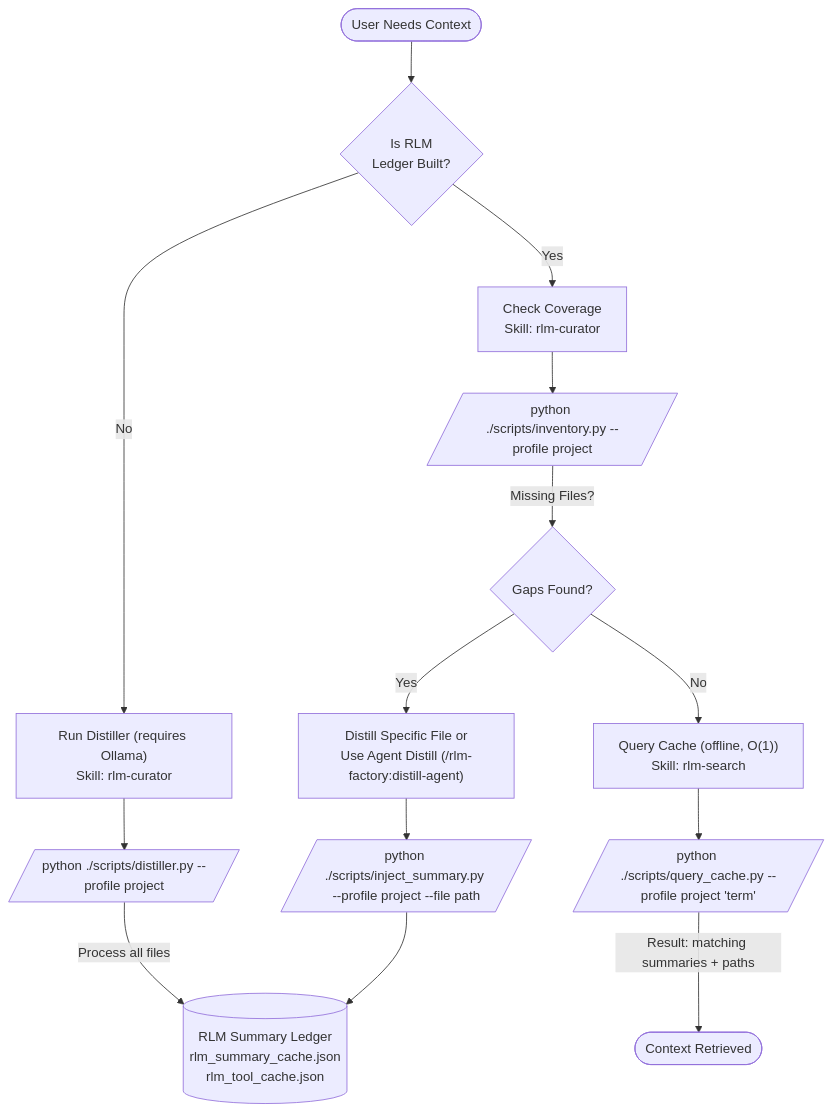
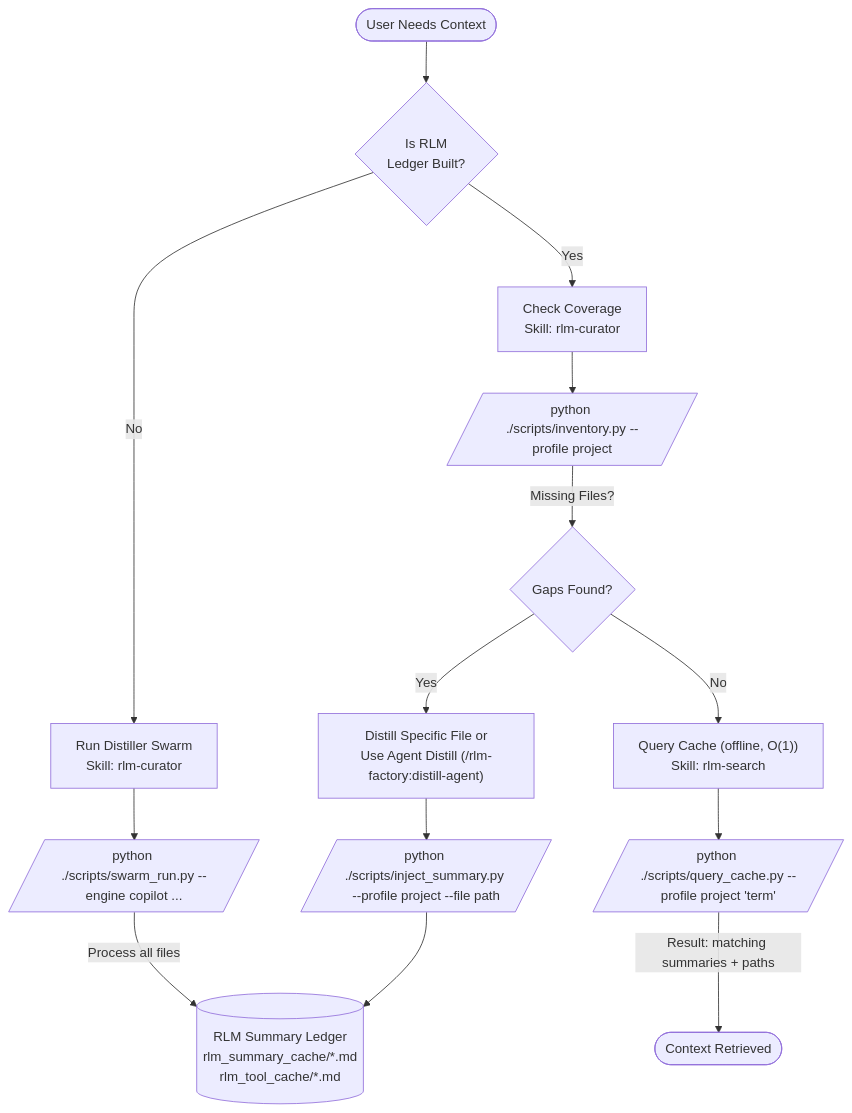
One commit to richfrem/agent-plugins-skills changed the diagram in plugins/rlm-factory/assets/diagrams/workflow.mmd. Above: the diagram before and after it, drawn with Mermaid. The commit also changed 190 other files, not shown here.

Commit message:
Retrofit rlm-factory to file-system native architecture and swarm-based distillation

```diff
--- a/plugins/rlm-factory/assets/diagrams/workflow.mmd
+++ b/plugins/rlm-factory/assets/diagrams/workflow.mmd
@@ -1,18 +1,18 @@
 flowchart TD
     Start([User Needs Context]) --> Check{Is RLM<BR>Ledger Built?}
 
-    Check -- No --> Build["Run Distiller (requires Ollama)<BR>Skill: rlm-curator"]
-    Build --> CmdBuild[/"python ./scripts/distiller.py --profile project"/]
-    CmdBuild -- "Process all files" --> Cache[(RLM Summary Ledger<BR>rlm_summary_cache.json<BR>rlm_tool_cache.json)]
+    Check -- No --> Build["Run Distiller Swarm<BR>Skill: rlm-curator"]
+    Build --> CmdBuild[/"python ./scripts/swarm_run.py --engine copilot ..."/]
+    CmdBuild -- "Process all files" --> Cache[(RLM Summary Ledger<BR>rlm_summary_cache/*.md<BR>rlm_tool_cache/*.md)]
 
     Check -- Yes --> Audit["Check Coverage<BR>Skill: rlm-curator"]
     Audit --> CmdAudit[/"python ./scripts/inventory.py --profile project"/]
     CmdAudit -- "Missing Files?" --> Gaps{Gaps Found?}
 
     Gaps -- Yes --> Patch["Distill Specific File or<BR>Use Agent Distill (/rlm-factory:distill-agent)"]
     Patch --> CmdPatch[/"python ./scripts/inject_summary.py --profile project --file path"/]
     CmdPatch --> Cache
 
     Gaps -- No --> Search["Query Cache (offline, O(1))<BR>Skill: rlm-search"]
     Search --> CmdSearch[/"python ./scripts/query_cache.py --profile project 'term'"/]
     CmdSearch -- "Result: matching summaries + paths" --> Result([Context Retrieved])
```
